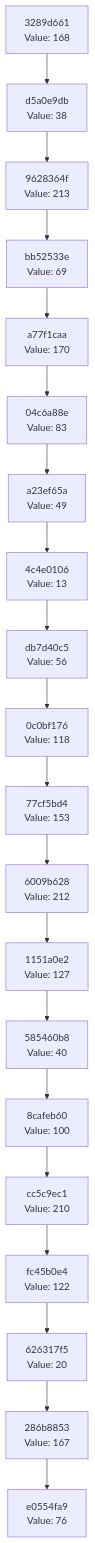
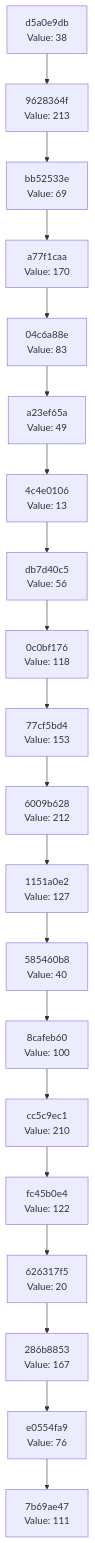
Before and after one commit to Abhisheksinha1506/hash-chain-evolver: the diagram in docs/CHAIN_VISUALIZATION.md, drawn with Mermaid. The commit also changed 2 other files, not shown here.

Commit message:
Evolution Step

````diff
--- a/docs/CHAIN_VISUALIZATION.md
+++ b/docs/CHAIN_VISUALIZATION.md
@@ -3,42 +3,42 @@
 ```mermaid
 graph TD
-    C0["e0554fa9<br/>Value: 76"]
-    C1["286b8853<br/>Value: 167"]
+    C0["7b69ae47<br/>Value: 111"]
+    C1["e0554fa9<br/>Value: 76"]
     C1 --> C0
-    C2["626317f5<br/>Value: 20"]
+    C2["286b8853<br/>Value: 167"]
     C2 --> C1
-    C3["fc45b0e4<br/>Value: 122"]
+    C3["626317f5<br/>Value: 20"]
     C3 --> C2
-    C4["cc5c9ec1<br/>Value: 210"]
+    C4["fc45b0e4<br/>Value: 122"]
     C4 --> C3
-    C5["8cafeb60<br/>Value: 100"]
+    C5["cc5c9ec1<br/>Value: 210"]
     C5 --> C4
-    C6["585460b8<br/>Value: 40"]
+    C6["8cafeb60<br/>Value: 100"]
     C6 --> C5
-    C7["1151a0e2<br/>Value: 127"]
+    C7["585460b8<br/>Value: 40"]
     C7 --> C6
-    C8["6009b628<br/>Value: 212"]
+    C8["1151a0e2<br/>Value: 127"]
     C8 --> C7
-    C9["77cf5bd4<br/>Value: 153"]
+    C9["6009b628<br/>Value: 212"]
     C9 --> C8
-    C10["0c0bf176<br/>Value: 118"]
+    C10["77cf5bd4<br/>Value: 153"]
     C10 --> C9
-    C11["db7d40c5<br/>Value: 56"]
+    C11["0c0bf176<br/>Value: 118"]
     C11 --> C10
-    C12["4c4e0106<br/>Value: 13"]
+    C12["db7d40c5<br/>Value: 56"]
     C12 --> C11
-    C13["a23ef65a<br/>Value: 49"]
+    C13["4c4e0106<br/>Value: 13"]
     C13 --> C12
-    C14["04c6a88e<br/>Value: 83"]
+    C14["a23ef65a<br/>Value: 49"]
     C14 --> C13
-    C15["a77f1caa<br/>Value: 170"]
+    C15["04c6a88e<br/>Value: 83"]
     C15 --> C14
-    C16["bb52533e<br/>Value: 69"]
+    C16["a77f1caa<br/>Value: 170"]
     C16 --> C15
-    C17["9628364f<br/>Value: 213"]
+    C17["bb52533e<br/>Value: 69"]
     C17 --> C16
-    C18["d5a0e9db<br/>Value: 38"]
+    C18["9628364f<br/>Value: 213"]
     C18 --> C17
-    C19["3289d661<br/>Value: 168"]
+    C19["d5a0e9db<br/>Value: 38"]
     C19 --> C18
 ```
````
